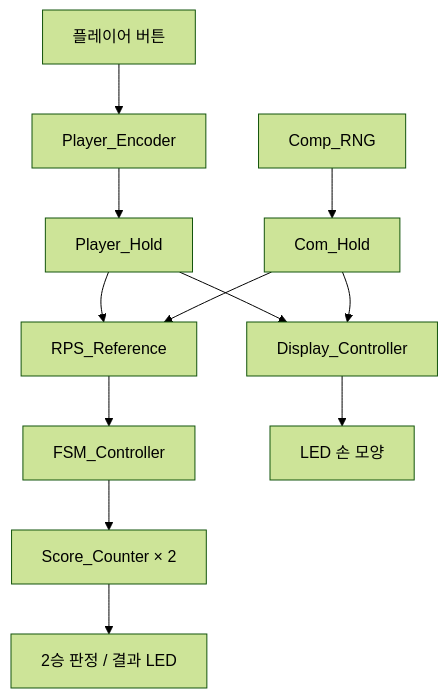
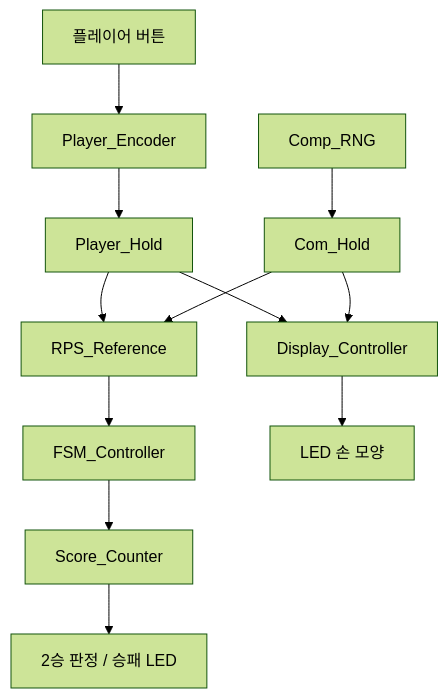
One commit to hahyeong12/mukjjippa-2025-digital-logic changed the diagram in docs/implementation.md. Above: the diagram before and after it, drawn with Mermaid (forest theme). The commit also changed other lines of this file, not shown here.

````diff
--- a/docs/implementation.md
+++ b/docs/implementation.md
@@ -7,14 +9,14 @@
-~~~mermaid
+```mermaid
 flowchart TD
-    A["플레이어 버튼"] --> PE["Player_Encoder"]
-    B["Comp_RNG"] --> CH["Com_Hold"]
-    PE --> PH["Player_Hold"]
-    PH --> REF["RPS_Reference"]
-    CH --> REF
+    PLAYER["플레이어 버튼"] --> ENC["Player_Encoder"]
+    COMP["Comp_RNG"] --> COMHOLD["Com_Hold"]
+    ENC --> PHOLD["Player_Hold"]
+    PHOLD --> REF["RPS_Reference"]
+    COMHOLD --> REF
     REF --> FSM["FSM_Controller"]
-    FSM --> S["Score_Counter × 2"]
-    S --> FINAL["2승 판정 / 결과 LED"]
-    PH --> DISP["Display_Controller"]
-    CH --> DISP
-    DISP --> LED["LED 손 모양"]
-~~~
+    FSM --> SCORE["Score_Counter"]
+    SCORE --> RESULT["2승 판정 / 승패 LED"]
+    PHOLD --> DISPLAY["Display_Controller"]
+    COMHOLD --> DISPLAY
+    DISPLAY --> LED["LED 손 모양"]
+```
````
